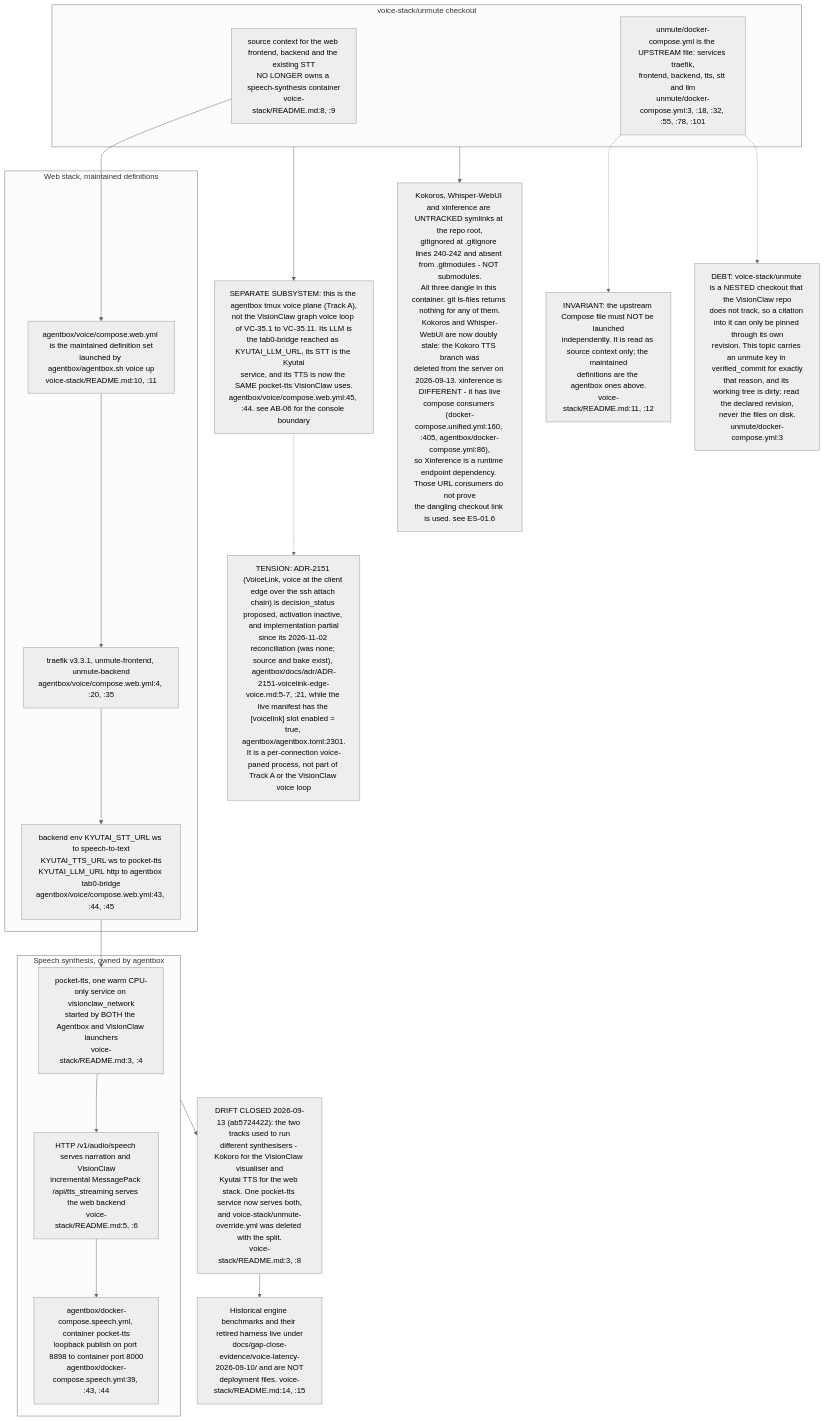
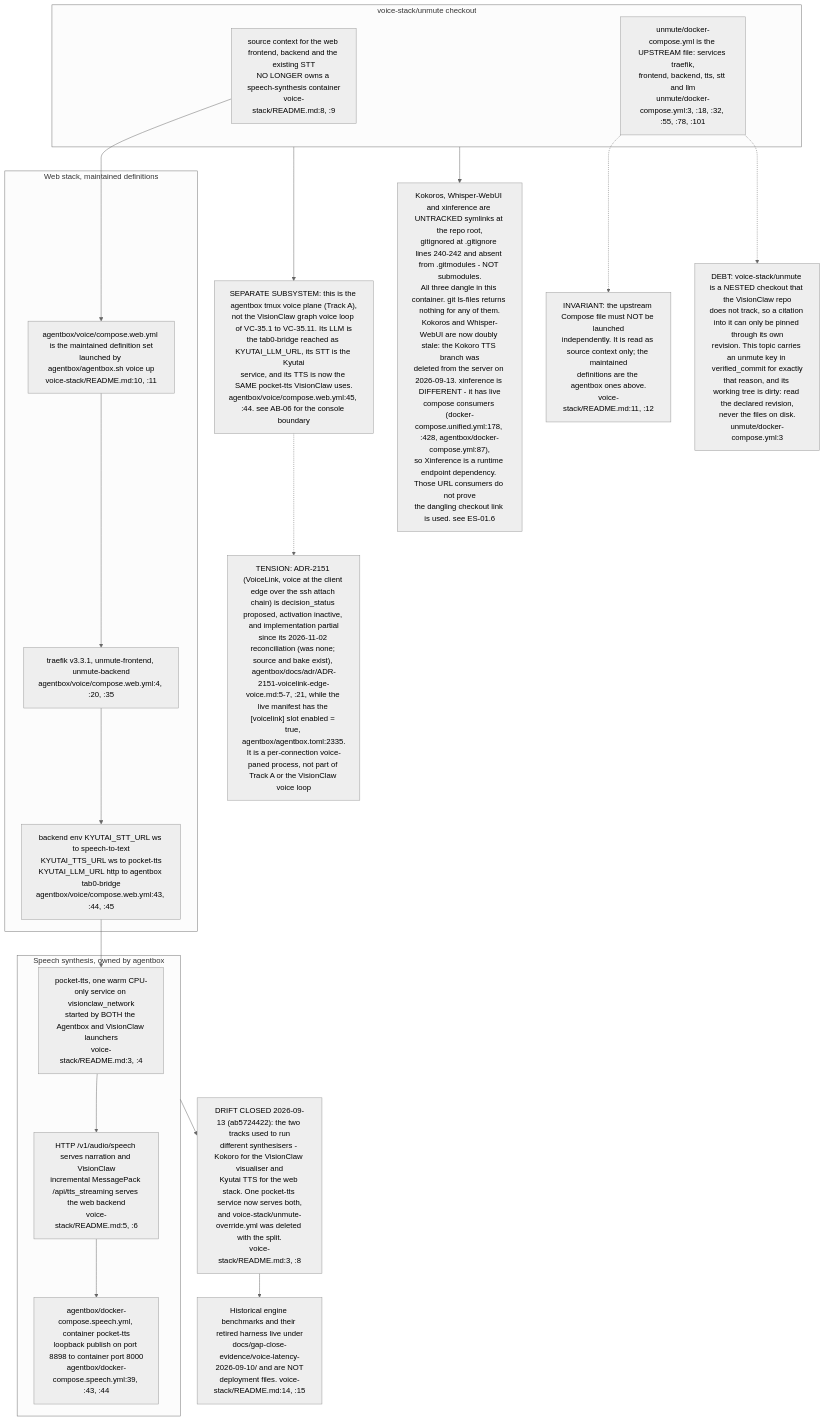
The tenth of 12 diagrams in docs/diagrams/visionclaw/35-voice-end-to-end.md (DreamLab-AI/VisionFlow), drawn with Mermaid (neutral theme) before and after one commit. The commit also changed other lines of this file and 7 other files, not shown here.

First line of the commit message:
diagrams(visionclaw): re-verify VC-34 to VC-40 and VC-42 at visionclaw 4900ec6, agentbox 59b1aca

````diff
--- a/docs/diagrams/visionclaw/35-voice-end-to-end.md
+++ b/docs/diagrams/visionclaw/35-voice-end-to-end.md
@@ -532,35 +532,35 @@
 ```mermaid
 flowchart TB
     subgraph owned["Speech synthesis, owned by agentbox"]
         P1["pocket-tts, one warm CPU-only service on visionclaw_network<br/>started by BOTH the Agentbox and VisionClaw launchers<br/>voice-stack/README.md:3, :4"]
         P2["HTTP /v1/audio/speech serves narration and VisionClaw<br/>incremental MessagePack /api/tts_streaming serves the web backend<br/>voice-stack/README.md:5, :6"]
         P3["agentbox/docker-compose.speech.yml, container pocket-tts<br/>loopback publish on port 8898 to container port 8000<br/>agentbox/docker-compose.speech.yml:39, :43, :44"]
     end
     subgraph web["Web stack, maintained definitions"]
         W1["agentbox/voice/compose.web.yml is the maintained definition set<br/>launched by agentbox/agentbox.sh voice up<br/>voice-stack/README.md:10, :11"]
         W2["traefik v3.3.1, unmute-frontend, unmute-backend<br/>agentbox/voice/compose.web.yml:4, :20, :35"]
         W3["backend env KYUTAI_STT_URL ws to speech-to-text<br/>KYUTAI_TTS_URL ws to pocket-tts<br/>KYUTAI_LLM_URL http to agentbox tab0-bridge<br/>agentbox/voice/compose.web.yml:43, :44, :45"]
     end
     subgraph legacy["voice-stack/unmute checkout"]
         U1["source context for the web frontend, backend and the existing STT<br/>NO LONGER owns a speech-synthesis container<br/>voice-stack/README.md:8, :9"]
         U2["unmute/docker-compose.yml is the UPSTREAM file: services traefik,<br/>frontend, backend, tts, stt and llm<br/>unmute/docker-compose.yml:3, :18, :32, :55, :78, :101"]
     end
     P1 --> P2 --> P3
     W1 --> W2 --> W3
     W3 --> P1
     U1 --> W1
     U2 -.-> INV
     INV["INVARIANT: the upstream Compose file must NOT be launched<br/>independently. It is read as source context only; the maintained<br/>definitions are the agentbox ones above.<br/>voice-stack/README.md:11, :12"]
     U2 -.-> UNPIN
     UNPIN["DEBT: voice-stack/unmute is a NESTED checkout that the VisionClaw repo<br/>does not track, so a citation into it can only be pinned through its own<br/>revision. This topic carries an unmute key in verified_commit for exactly<br/>that reason, and its working tree is dirty: read the declared revision,<br/>never the files on disk.<br/>unmute/docker-compose.yml:3"]
     legacy --> SEP
-    VL["TENSION: ADR-2151 (VoiceLink, voice at the client edge over the ssh attach chain) is decision_status proposed, activation inactive, and implementation partial<br/>since its 2026-11-02 reconciliation (was none; source and bake exist), agentbox/docs/adr/ADR-2151-voicelink-edge-voice.md:5-7, :21, while the live manifest has the [voicelink] slot enabled = true, agentbox/agentbox.toml:2301.<br/>It is a per-connection voice-paned process, not part of Track A or the VisionClaw voice loop"]
+    VL["TENSION: ADR-2151 (VoiceLink, voice at the client edge over the ssh attach chain) is decision_status proposed, activation inactive, and implementation partial<br/>since its 2026-11-02 reconciliation (was none; source and bake exist), agentbox/docs/adr/ADR-2151-voicelink-edge-voice.md:5-7, :21, while the live manifest has the [voicelink] slot enabled = true, agentbox/agentbox.toml:2335.<br/>It is a per-connection voice-paned process, not part of Track A or the VisionClaw voice loop"]
     SEP -.-> VL
     SEP["SEPARATE SUBSYSTEM: this is the agentbox tmux voice plane (Track A),<br/>not the VisionClaw graph voice loop of VC-35.1 to VC-35.11. Its LLM is<br/>the tab0-bridge reached as KYUTAI_LLM_URL, its STT is the Kyutai<br/>service, and its TTS is now the SAME pocket-tts VisionClaw uses.<br/>agentbox/voice/compose.web.yml:45, :44. see AB-06 for the console boundary"]
     owned --> CONV
     CONV["DRIFT CLOSED 2026-09-13 (ab5724422): the two tracks used to run<br/>different synthesisers - Kokoro for the VisionClaw visualiser and<br/>Kyutai TTS for the web stack. One pocket-tts service now serves both,<br/>and voice-stack/unmute-override.yml was deleted with the split.<br/>voice-stack/README.md:3, :8"]
-    DIV["Kokoros, Whisper-WebUI and xinference are UNTRACKED symlinks at the repo root,<br/>gitignored at .gitignore lines 240-242 and absent from .gitmodules - NOT submodules.<br/>All three dangle in this container. git ls-files returns nothing for any of them.<br/>Kokoros and Whisper-WebUI are now doubly stale: the Kokoro TTS branch was<br/>deleted from the server on 2026-09-13. xinference is DIFFERENT - it has live<br/>compose consumers (docker-compose.unified.yml:160, :405, agentbox/docker-compose.yml:86),<br/>so Xinference is a runtime endpoint dependency. Those URL consumers do not prove<br/>the dangling checkout link is used. see ES-01.6"]
+    DIV["Kokoros, Whisper-WebUI and xinference are UNTRACKED symlinks at the repo root,<br/>gitignored at .gitignore lines 240-242 and absent from .gitmodules - NOT submodules.<br/>All three dangle in this container. git ls-files returns nothing for any of them.<br/>Kokoros and Whisper-WebUI are now doubly stale: the Kokoro TTS branch was<br/>deleted from the server on 2026-09-13. xinference is DIFFERENT - it has live<br/>compose consumers (docker-compose.unified.yml:178, :428, agentbox/docker-compose.yml:87),<br/>so Xinference is a runtime endpoint dependency. Those URL consumers do not prove<br/>the dangling checkout link is used. see ES-01.6"]
     legacy --> DIV
     HIST["Historical engine benchmarks and their retired harness live under<br/>docs/gap-close-evidence/voice-latency-2026-09-10/ and are NOT<br/>deployment files. voice-stack/README.md:14, :15"]
     CONV --> HIST
 ```
````
